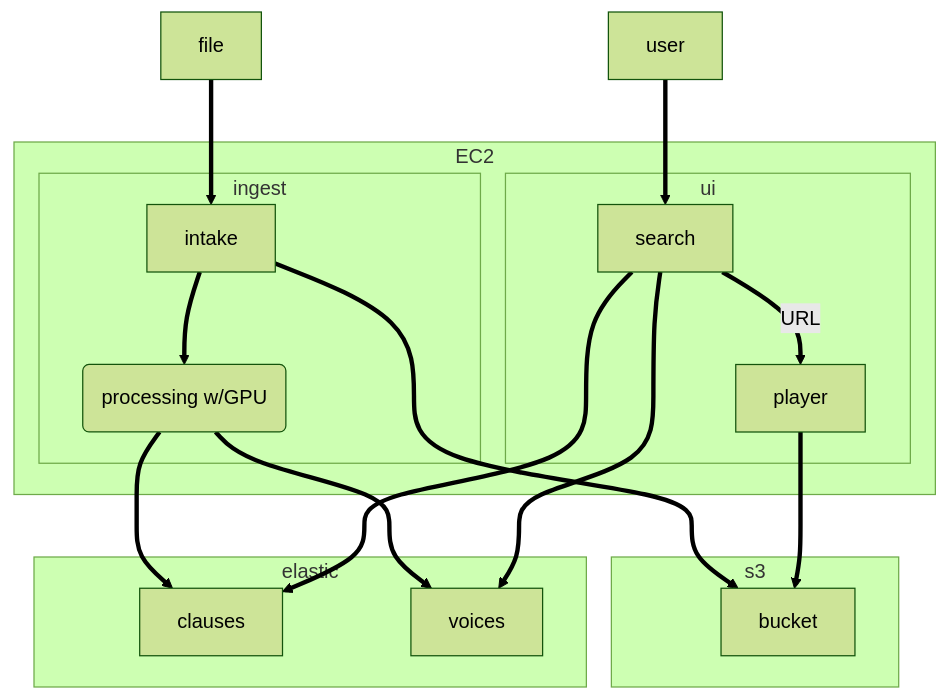
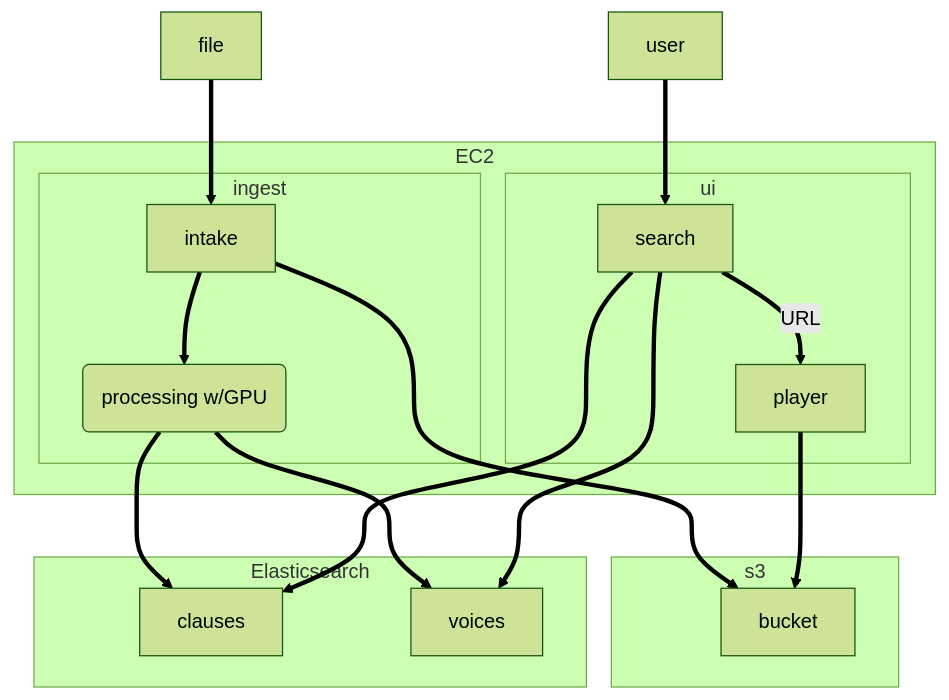
Before and after one commit to ty-elastic/intheirownwords: the diagram in README.md, drawn with Mermaid (forest theme).

````diff
--- a/README.md
+++ b/README.md
@@ -38,29 +38,29 @@
 ```mermaid
 flowchart TB
     subgraph s3
         bucket
     end
 
-    subgraph elastic
+    subgraph Elasticsearch
         clauses
         voices
     end
 
     subgraph EC2
         subgraph ingest
             intake ==> bucket
             intake ==> processing(processing w/GPU)
             processing ==> clauses
             processing ==> voices
         end
         subgraph ui
             search ==> clauses
             search ==> voices
             search == "URL" ==> player
             player ==> bucket
         end
     end
 
     user ==> search
     file ==> intake
 ```
````
